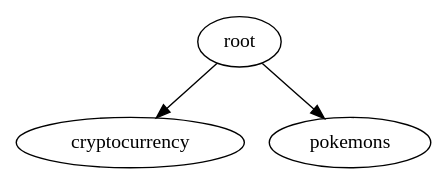
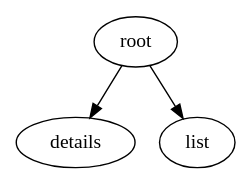
One commit to Krakozaybr/MobileUpTestTask2 changed the diagram in features/module_graph/modules.dot. Above: the diagram before and after it, drawn with Graphviz. The commit also changed 5 other files, not shown here.

```diff
--- a/features/module_graph/modules.dot
+++ b/features/module_graph/modules.dot
@@ -1,7 +1,7 @@
 digraph {
-cryptocurrency
-pokemons
+details
+list
 root
-root -> cryptocurrency
-root -> pokemons
+root -> details
+root -> list
 }
```
